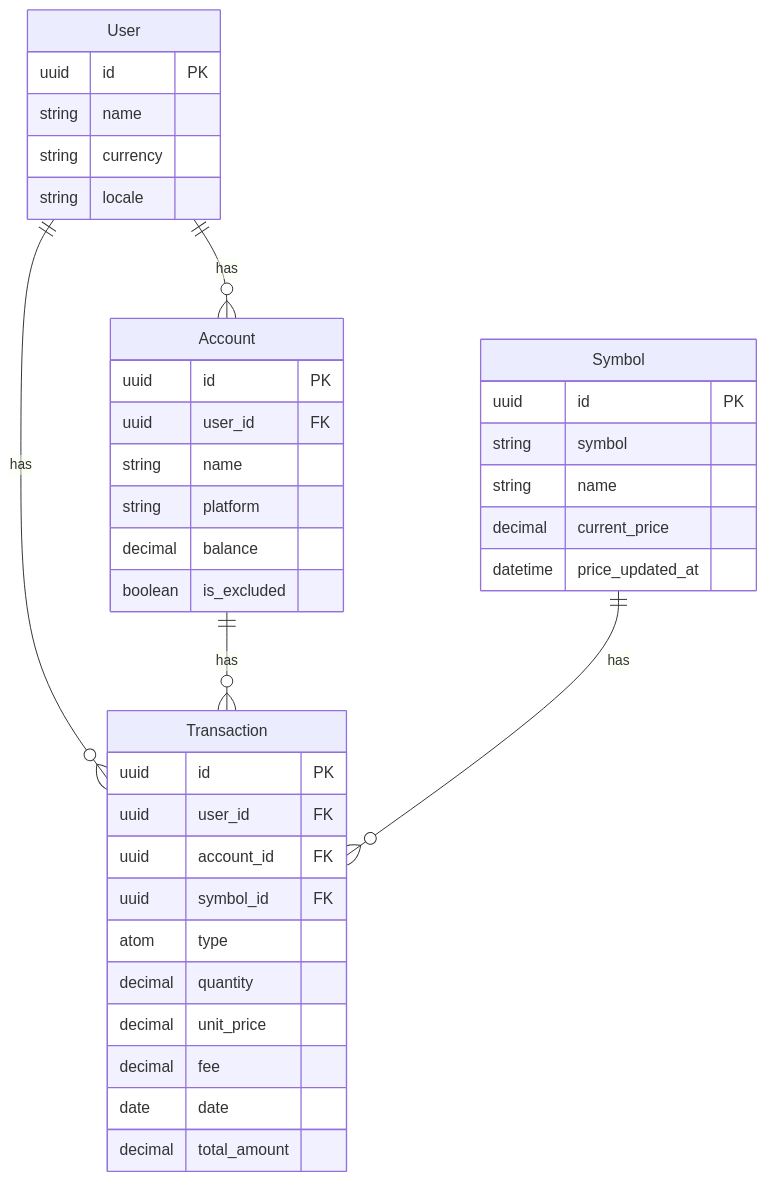
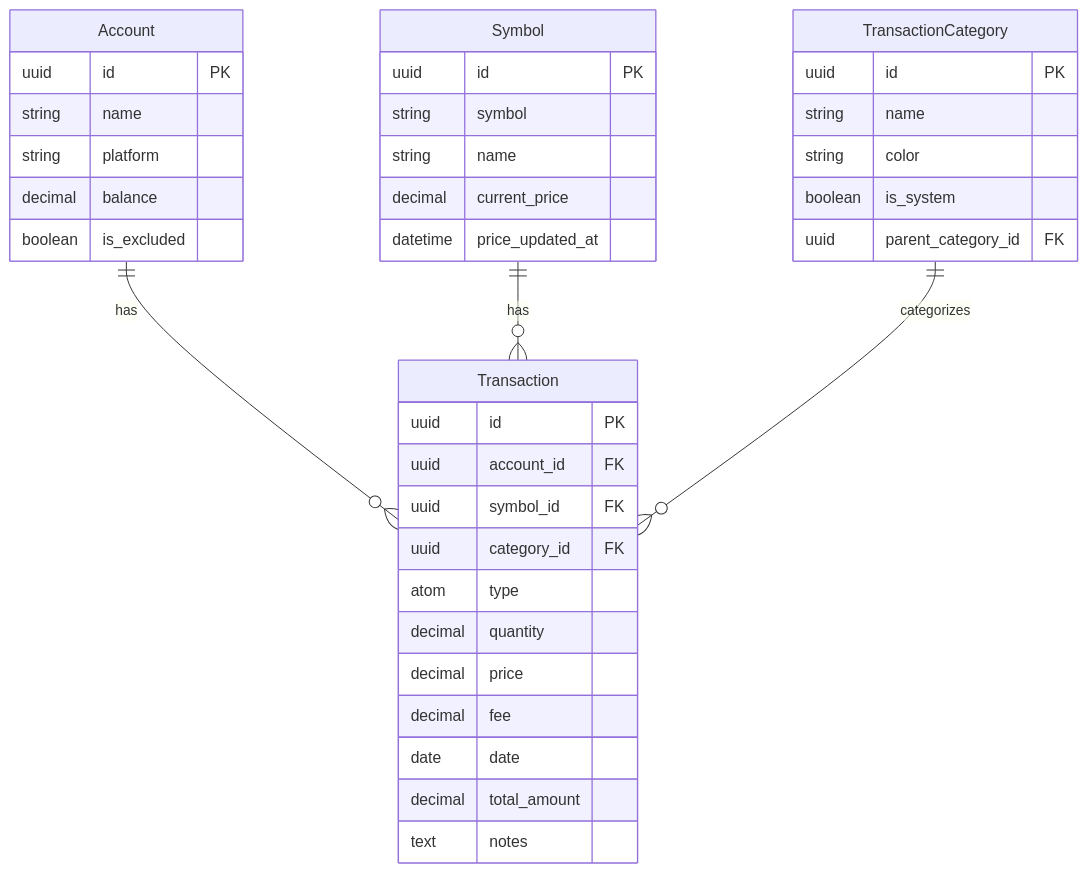
The second of 5 diagrams in docs/development/architecture.md (mdstaff/ashfolio), drawn with Mermaid before and after one commit. The commit also changed other lines of this file and 250 other files, not shown here.

````diff
--- a/docs/development/architecture.md
+++ b/docs/development/architecture.md
@@ -49,41 +61,44 @@
 ```mermaid
 erDiagram
-    User ||--o{ Account : has
-    User ||--o{ Transaction : has
     Account ||--o{ Transaction : has
     Symbol ||--o{ Transaction : has
+    TransactionCategory ||--o{ Transaction : categorizes
 
-    User { 
-        uuid id PK
-        string name
-        string currency
-        string locale
-    }
+    %% Database-as-user architecture: Each SQLite database represents one user
+    %% No User entity needed - user data is database-wide settings
     Account {
         uuid id PK
-        uuid user_id FK
+        %% No user_id - database-as-user architecture
         string name
         string platform
         decimal balance
         boolean is_excluded
     }
     Symbol {
         uuid id PK
         string symbol
         string name
         decimal current_price
         datetime price_updated_at
     }
     Transaction {
         uuid id PK
-        uuid user_id FK
         uuid account_id FK
         uuid symbol_id FK
+        uuid category_id FK
         atom type
         decimal quantity
-        decimal unit_price
+        decimal price
         decimal fee
         date date
         decimal total_amount
+        text notes
+    }
+    TransactionCategory {
+        uuid id PK
+        string name
+        string color
+        boolean is_system
+        uuid parent_category_id FK
     }
 ```
````
